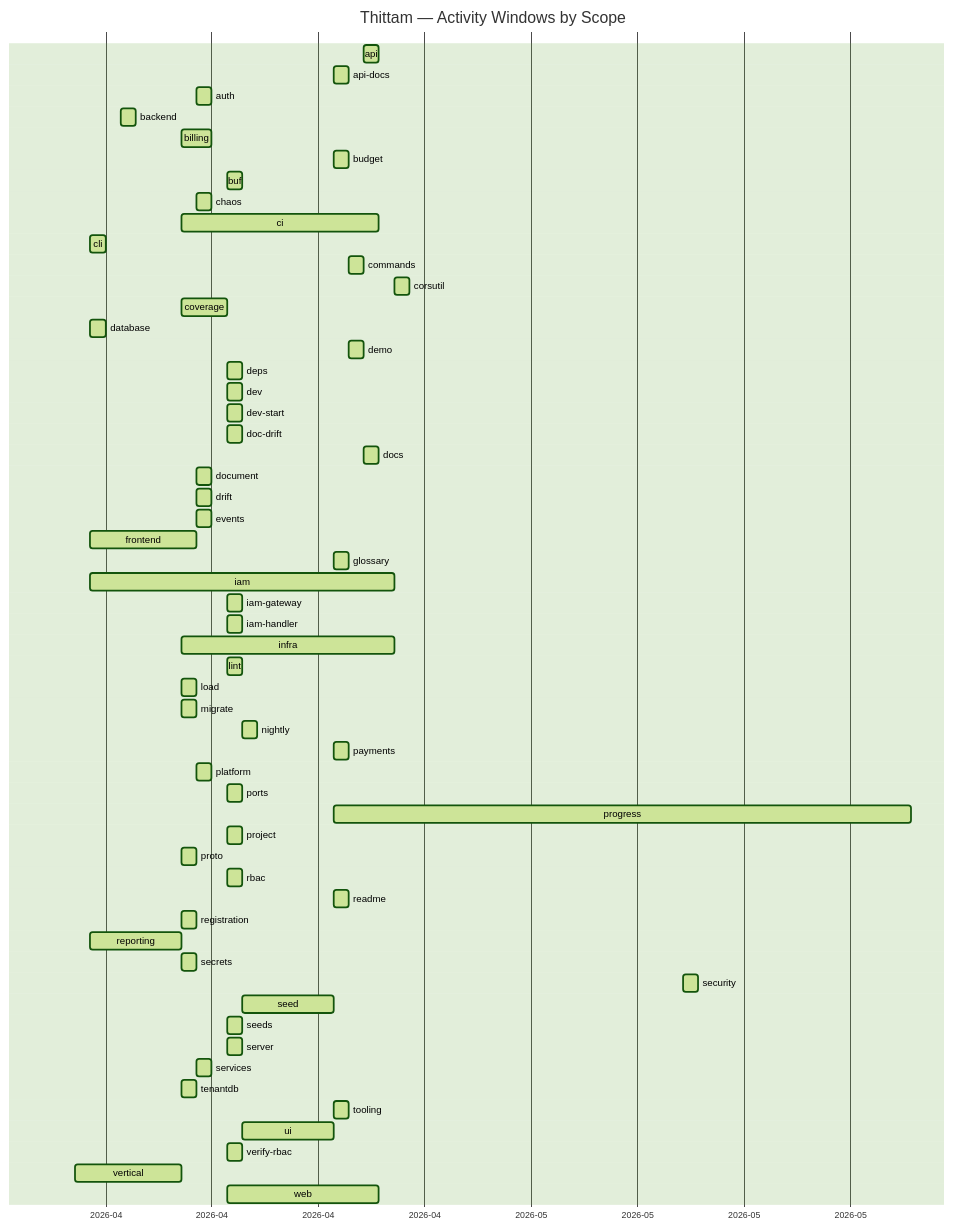
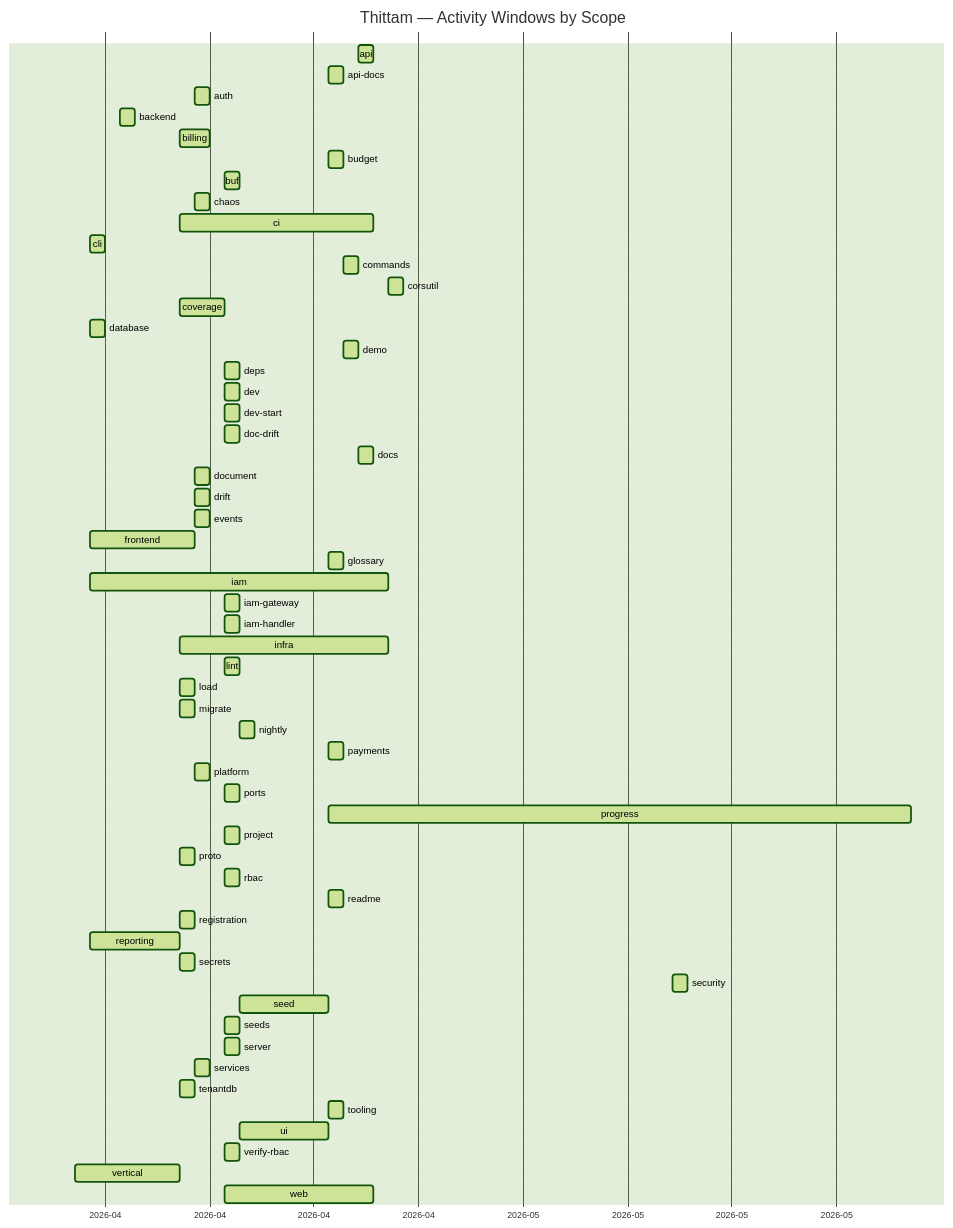
Before and after one commit to wegofwd2020-hub/thittam: the diagram in docs/PROGRESS.md, drawn with Mermaid (forest theme). The commit also changed other lines of this file and 1 other file, not shown here.

Commit message:
chore(progress): nightly update of docs/PROGRESS.md + CSVs

````diff
--- a/docs/PROGRESS.md
+++ b/docs/PROGRESS.md
@@ -9,61 +9,61 @@
 ```mermaid
 gantt
     title Thittam — Activity Windows by Scope
     dateFormat YYYY-MM-DD
     axisFormat %Y-%m
     api                :active, s_api, 2026-04-22, 2026-04-23
     api-docs           :active, s_api_docs, 2026-04-20, 2026-04-21
     auth               :active, s_auth, 2026-04-11, 2026-04-12
     backend            :active, s_backend, 2026-04-06, 2026-04-07
     billing            :active, s_billing, 2026-04-10, 2026-04-12
     budget             :active, s_budget, 2026-04-20, 2026-04-21
     buf                :active, s_buf, 2026-04-13, 2026-04-14
     chaos              :active, s_chaos, 2026-04-11, 2026-04-12
     ci                 :active, s_ci, 2026-04-10, 2026-04-23
     cli                :active, s_cli, 2026-04-04, 2026-04-05
     commands           :active, s_commands, 2026-04-21, 2026-04-22
     corsutil           :active, s_corsutil, 2026-04-24, 2026-04-25
     coverage           :active, s_coverage, 2026-04-10, 2026-04-13
     database           :active, s_database, 2026-04-04, 2026-04-05
     demo               :active, s_demo, 2026-04-21, 2026-04-22
     deps               :active, s_deps, 2026-04-13, 2026-04-14
     dev                :active, s_dev, 2026-04-13, 2026-04-14
     dev-start          :active, s_dev_start, 2026-04-13, 2026-04-14
     doc-drift          :active, s_doc_drift, 2026-04-13, 2026-04-14
     docs               :active, s_docs, 2026-04-22, 2026-04-23
     document           :active, s_document, 2026-04-11, 2026-04-12
     drift              :active, s_drift, 2026-04-11, 2026-04-12
     events             :active, s_events, 2026-04-11, 2026-04-12
     frontend           :active, s_frontend, 2026-04-04, 2026-04-11
     glossary           :active, s_glossary, 2026-04-20, 2026-04-21
     iam                :active, s_iam, 2026-04-04, 2026-04-24
     iam-gateway        :active, s_iam_gateway, 2026-04-13, 2026-04-14
     iam-handler        :active, s_iam_handler, 2026-04-13, 2026-04-14
     infra              :active, s_infra, 2026-04-10, 2026-04-24
     lint               :active, s_lint, 2026-04-13, 2026-04-14
     load               :active, s_load, 2026-04-10, 2026-04-11
     migrate            :active, s_migrate, 2026-04-10, 2026-04-11
     nightly            :active, s_nightly, 2026-04-14, 2026-04-15
     payments           :active, s_payments, 2026-04-20, 2026-04-21
     platform           :active, s_platform, 2026-04-11, 2026-04-12
     ports              :active, s_ports, 2026-04-13, 2026-04-14
-    progress           :active, s_progress, 2026-04-20, 2026-05-28
+    progress           :active, s_progress, 2026-04-20, 2026-05-29
     project            :active, s_project, 2026-04-13, 2026-04-14
     proto              :active, s_proto, 2026-04-10, 2026-04-11
     rbac               :active, s_rbac, 2026-04-13, 2026-04-14
     readme             :active, s_readme, 2026-04-20, 2026-04-21
     registration       :active, s_registration, 2026-04-10, 2026-04-11
     reporting          :active, s_reporting, 2026-04-04, 2026-04-10
     secrets            :active, s_secrets, 2026-04-10, 2026-04-11
     security           :active, s_security, 2026-05-13, 2026-05-14
     seed               :active, s_seed, 2026-04-14, 2026-04-20
     seeds              :active, s_seeds, 2026-04-13, 2026-04-14
     server             :active, s_server, 2026-04-13, 2026-04-14
     services           :active, s_services, 2026-04-11, 2026-04-12
     tenantdb           :active, s_tenantdb, 2026-04-10, 2026-04-11
     tooling            :active, s_tooling, 2026-04-20, 2026-04-21
     ui                 :active, s_ui, 2026-04-14, 2026-04-20
     verify-rbac        :active, s_verify_rbac, 2026-04-13, 2026-04-14
     vertical           :active, s_vertical, 2026-04-03, 2026-04-10
     web                :active, s_web, 2026-04-13, 2026-04-23
 ```
````
